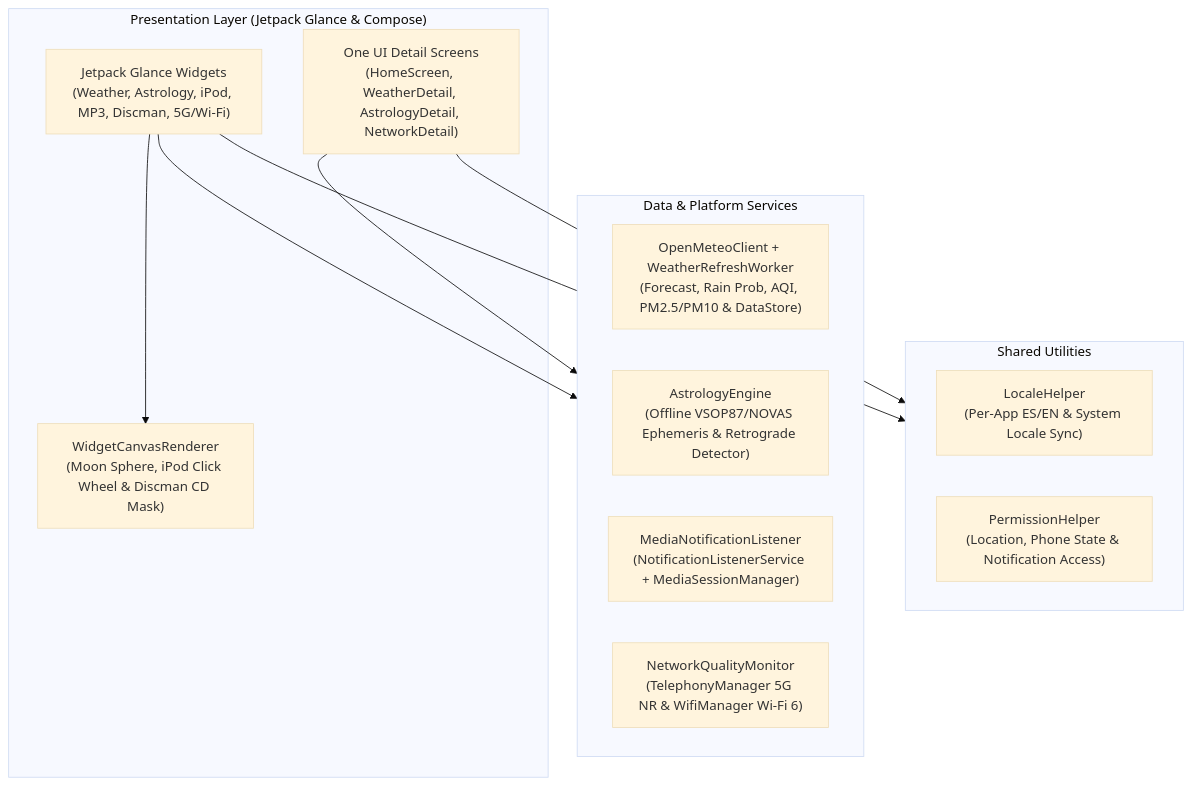
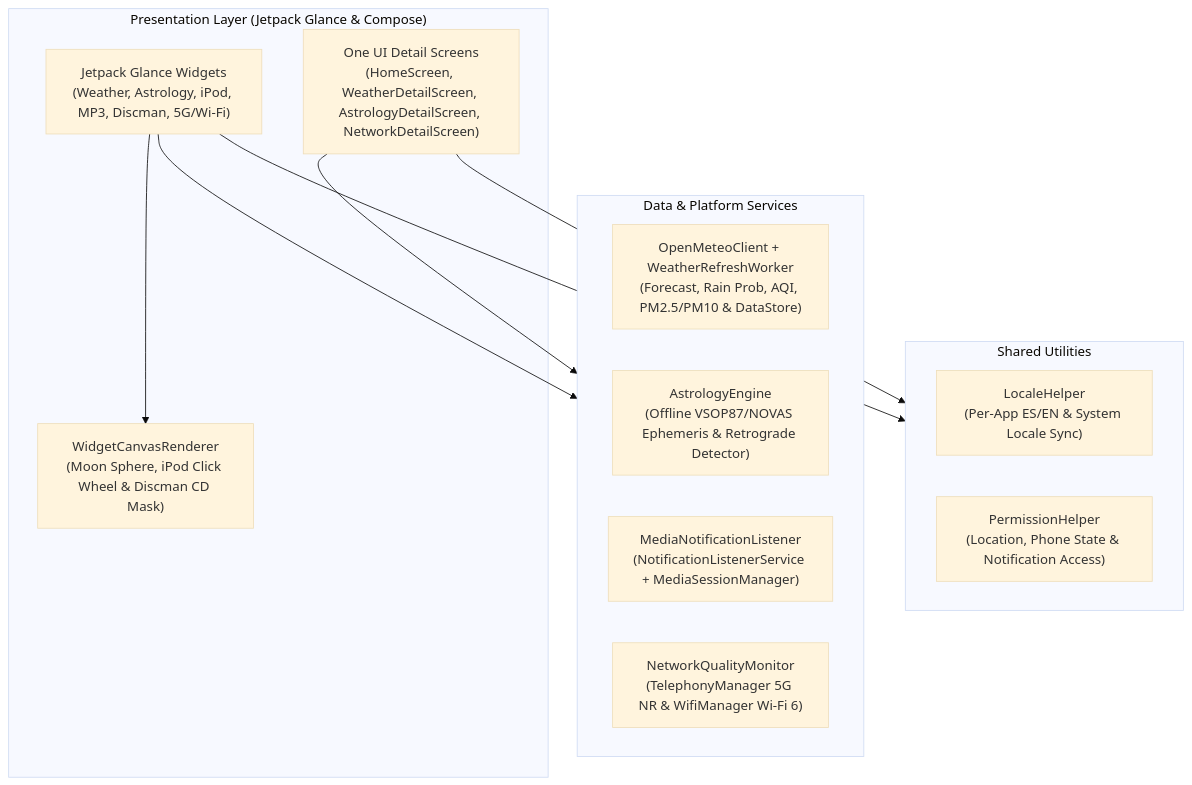
Before and after one commit to AnaCataVC/one-ui-extra-widgets: the diagram in README.md, drawn with Mermaid (base theme). The commit also changed other lines of this file and 24 other files, not shown here.

````diff
--- a/README.md
+++ b/README.md
@@ -39,26 +39,26 @@
 ```mermaid
 flowchart TD
     subgraph UI ["Presentation Layer (Jetpack Glance & Compose)"]
         GlanceWidgets["Jetpack Glance Widgets<br/>(Weather, Astrology, iPod, MP3, Discman, 5G/Wi-Fi)"]
-        ComposeApp["One UI Detail Screens<br/>(HomeScreen, WeatherDetail, AstrologyDetail, NetworkDetail)"]
+        ComposeApp["One UI Detail Screens<br/>(HomeScreen, WeatherDetailScreen, AstrologyDetailScreen, NetworkDetailScreen)"]
         CanvasRenderer["WidgetCanvasRenderer<br/>(Moon Sphere, iPod Click Wheel & Discman CD Mask)"]
     end
 
     subgraph Data ["Data & Platform Services"]
         WeatherClient["OpenMeteoClient + WeatherRefreshWorker<br/>(Forecast, Rain Prob, AQI, PM2.5/PM10 & DataStore)"]
         AstroEngine["AstrologyEngine<br/>(Offline VSOP87/NOVAS Ephemeris & Retrograde Detector)"]
         MediaBridge["MediaNotificationListener<br/>(NotificationListenerService + MediaSessionManager)"]
         NetMonitor["NetworkQualityMonitor<br/>(TelephonyManager 5G NR & WifiManager Wi-Fi 6)"]
     end
 
     subgraph Utils ["Shared Utilities"]
         LocaleUtil["LocaleHelper<br/>(Per-App ES/EN & System Locale Sync)"]
         PermUtil["PermissionHelper<br/>(Location, Phone State & Notification Access)"]
     end
 
     GlanceWidgets --> CanvasRenderer
     GlanceWidgets --> Data
     ComposeApp --> Data
     ComposeApp --> Utils
     GlanceWidgets --> Utils
 ```
````
